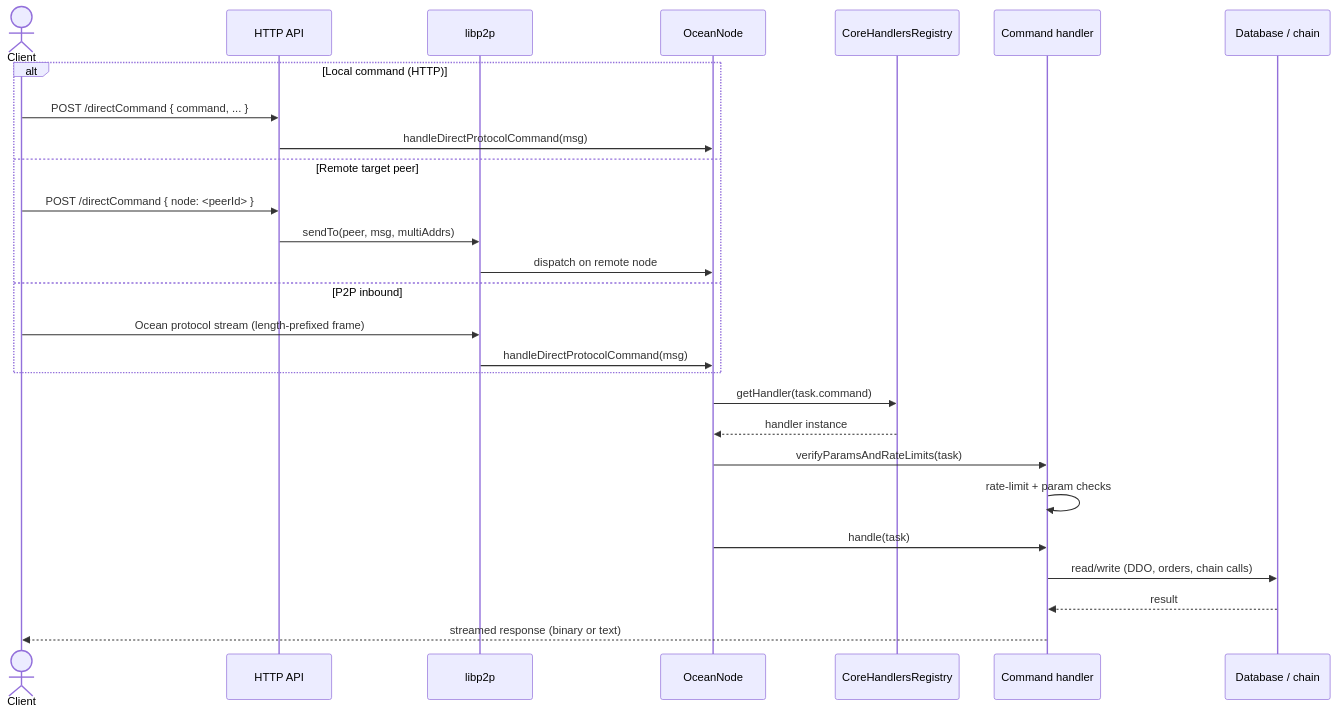
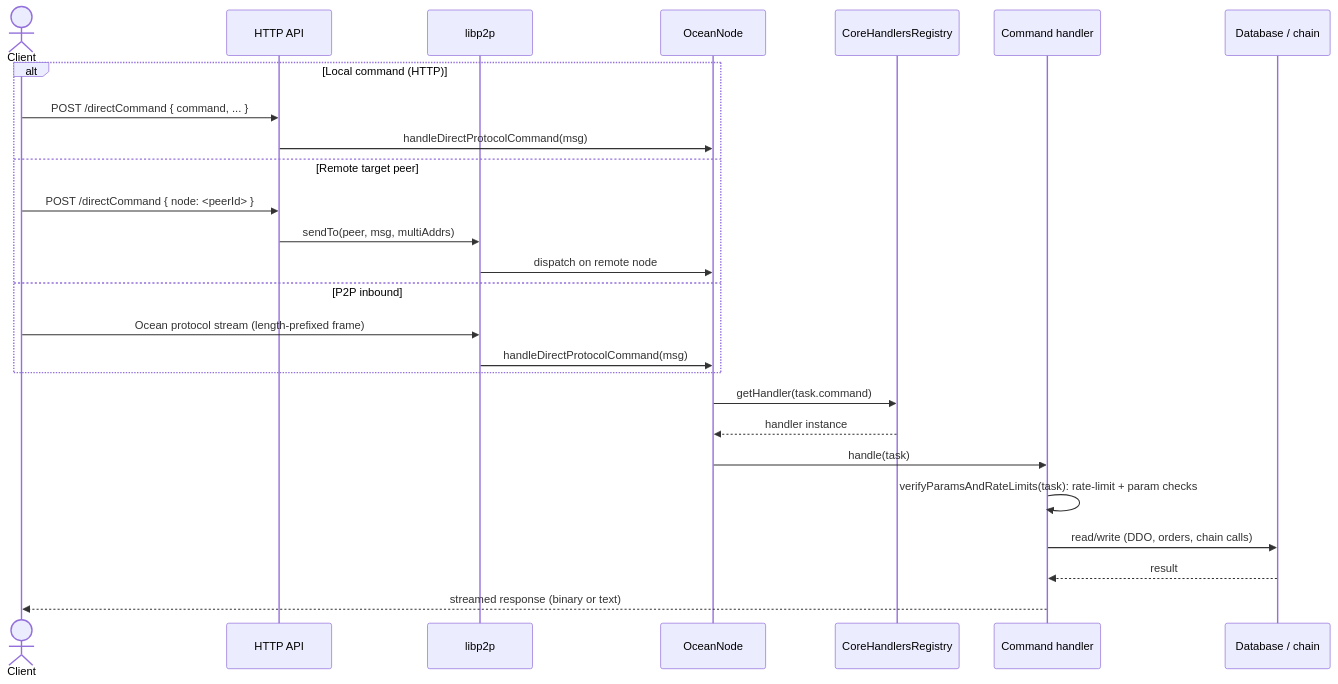
Before and after one commit to oceanprotocol/ocean-node: the second of 5 diagrams in docs/Arhitecture.md, drawn with Mermaid. The commit also changed other lines of this file and 1 other file, not shown here.

````diff
--- a/docs/Arhitecture.md
+++ b/docs/Arhitecture.md
@@ -111,31 +111,30 @@
 ```mermaid
 sequenceDiagram
     actor Client
     participant HTTP as HTTP API
     participant P2P as libp2p
     participant ON as OceanNode
     participant REG as CoreHandlersRegistry
     participant H as Command handler
     participant DB as Database / chain
 
     alt Local command (HTTP)
         Client->>HTTP: POST /directCommand { command, ... }
         HTTP->>ON: handleDirectProtocolCommand(msg)
     else Remote target peer
         Client->>HTTP: POST /directCommand { node: <peerId> }
         HTTP->>P2P: sendTo(peer, msg, multiAddrs)
         P2P->>ON: dispatch on remote node
     else P2P inbound
         Client->>P2P: Ocean protocol stream (length-prefixed frame)
         P2P->>ON: handleDirectProtocolCommand(msg)
     end
 
     ON->>REG: getHandler(task.command)
     REG-->>ON: handler instance
-    ON->>H: verifyParamsAndRateLimits(task)
-    H->>H: rate-limit + param checks
     ON->>H: handle(task)
+    H->>H: verifyParamsAndRateLimits(task): rate-limit + param checks
     H->>DB: read/write (DDO, orders, chain calls)
     DB-->>H: result
     H-->>Client: streamed response (binary or text)
 ```
````
